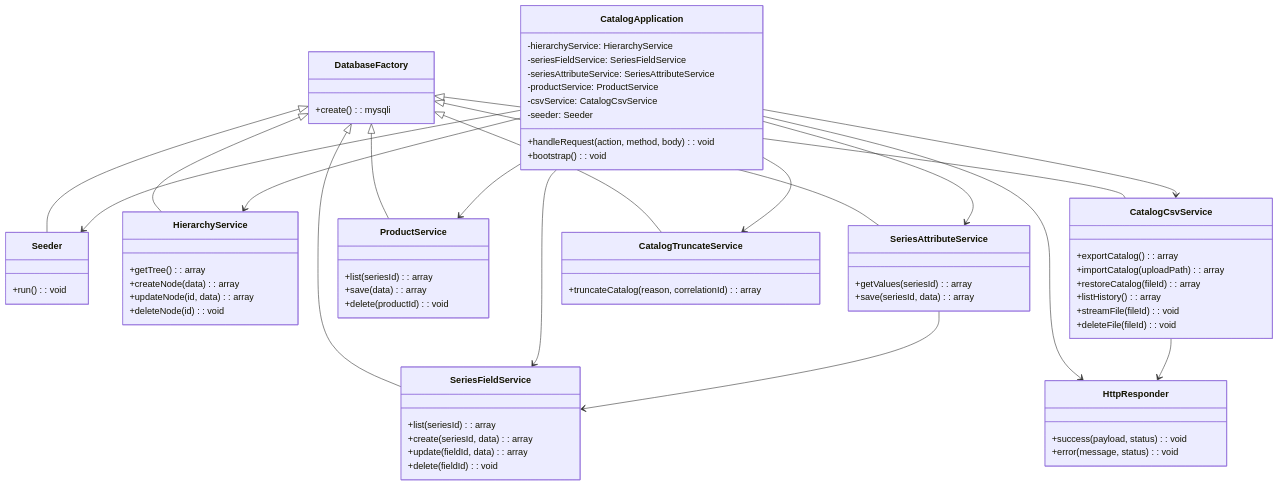
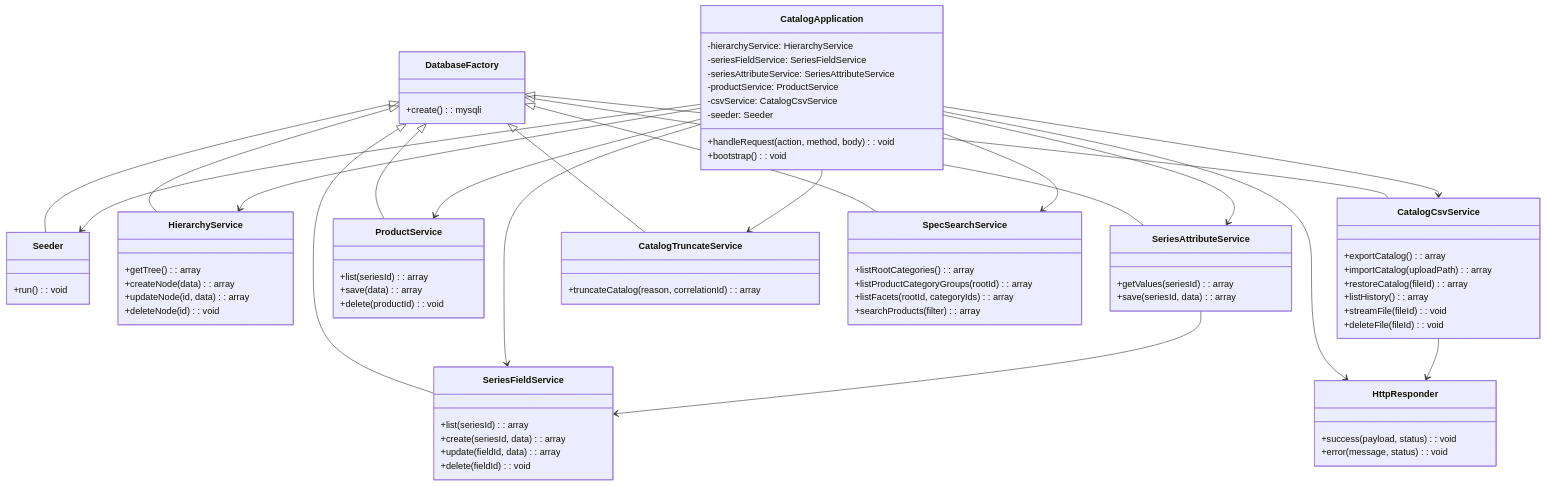
Before and after one commit to sinjie2008/Foundational-Electronics-Core-Systems: the eighth of 19 diagrams in docs/spec.md, drawn with Mermaid. The commit also changed other lines of this file and 15 other files, not shown here.

First line of the commit message:
Product Catalog Manager - Stable v 0.0.1 - Bootstrap 5 release - Bootstrap 5 datatables release

````diff
--- a/docs/spec.md
+++ b/docs/spec.md
@@ -603,72 +623,80 @@
 ```mermaid
 classDiagram
     class DatabaseFactory {
         +create(): mysqli
     }
     class HttpResponder {
         +success(payload, status): void
         +error(message, status): void
     }
     class CatalogApplication {
         -hierarchyService: HierarchyService
         -seriesFieldService: SeriesFieldService
         -seriesAttributeService: SeriesAttributeService
         -productService: ProductService
         -csvService: CatalogCsvService
         -seeder: Seeder
         +handleRequest(action, method, body): void
         +bootstrap(): void
     }
     class Seeder {
         +run(): void
     }
     class HierarchyService {
         +getTree(): array
         +createNode(data): array
         +updateNode(id, data): array
         +deleteNode(id): void
     }
     class SeriesFieldService {
         +list(seriesId): array
         +create(seriesId, data): array
         +update(fieldId, data): array
         +delete(fieldId): void
     }
     class SeriesAttributeService {
         +getValues(seriesId): array
         +save(seriesId, data): array
     }
     class ProductService {
         +list(seriesId): array
         +save(data): array
         +delete(productId): void
     }
     class CatalogCsvService {
         +exportCatalog(): array
         +importCatalog(uploadPath): array
         +restoreCatalog(fileId): array
         +listHistory(): array
         +streamFile(fileId): void
         +deleteFile(fileId): void
     }
     class CatalogTruncateService {
         +truncateCatalog(reason, correlationId): array
     }
+    class SpecSearchService {
+        +listRootCategories(): array
+        +listProductCategoryGroups(rootId): array
+        +listFacets(rootId, categoryIds): array
+        +searchProducts(filter): array
+    }
     DatabaseFactory <|-- Seeder
     DatabaseFactory <|-- HierarchyService
     DatabaseFactory <|-- SeriesFieldService
     DatabaseFactory <|-- SeriesAttributeService
     DatabaseFactory <|-- ProductService
     DatabaseFactory <|-- CatalogCsvService
     DatabaseFactory <|-- CatalogTruncateService
+    DatabaseFactory <|-- SpecSearchService
     CatalogApplication --> HierarchyService
     CatalogApplication --> SeriesFieldService
     CatalogApplication --> SeriesAttributeService
     CatalogApplication --> ProductService
     CatalogApplication --> CatalogCsvService
     CatalogApplication --> CatalogTruncateService
+    CatalogApplication --> SpecSearchService
     CatalogApplication --> Seeder
     CatalogApplication --> HttpResponder
     SeriesAttributeService --> SeriesFieldService
     CatalogCsvService --> HttpResponder
 ```
````
